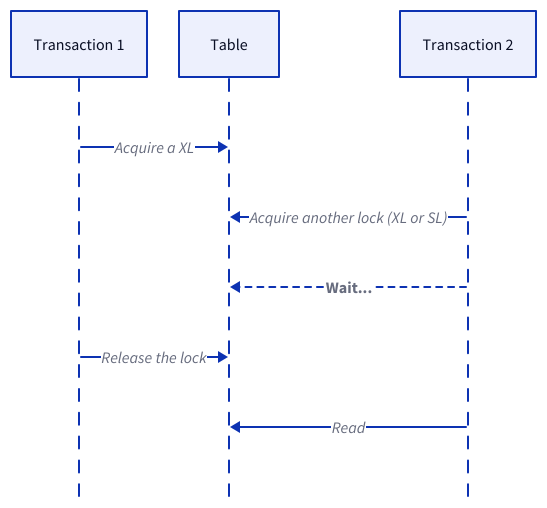
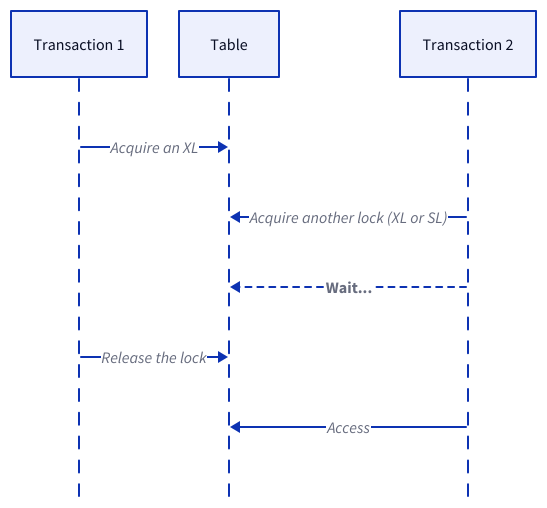
Before and after one commit to link1905/system-design-101: diagram 14 of 29 in content/docs/data-persistence/sql-database/concurrency-control.md, drawn with D2. The commit also changed other lines of this file and 40 other files, not shown here.

````diff
--- a/content/docs/data-persistence/sql-database/concurrency-control.md
+++ b/content/docs/data-persistence/sql-database/concurrency-control.md
@@ -449,14 +466,14 @@
 ```d2
 shape: sequence_diagram
 t1: Transaction 1
 a: Table
-t1 -> a: Acquire a XL
+t1 -> a: Acquire an XL
 t2: Transaction 2
 t2 -> a: Acquire another lock (XL or SL)
 t2 -> a: Wait... {
     style.bold: true
     style.stroke-dash: 3
 }
 t1 -> a: Release the lock
-t2 -> a: Read
+t2 -> a: Access
 ```
````
